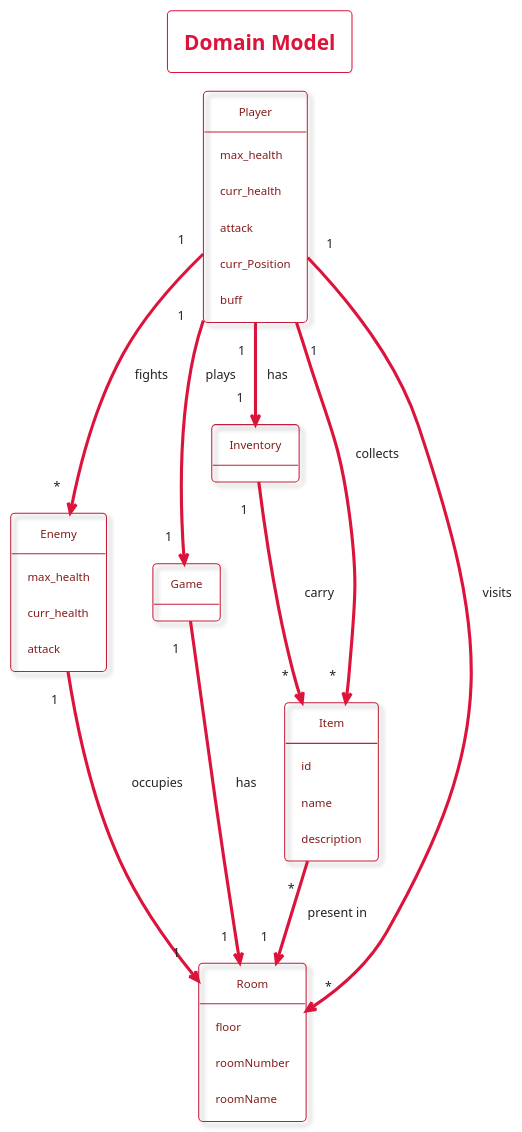
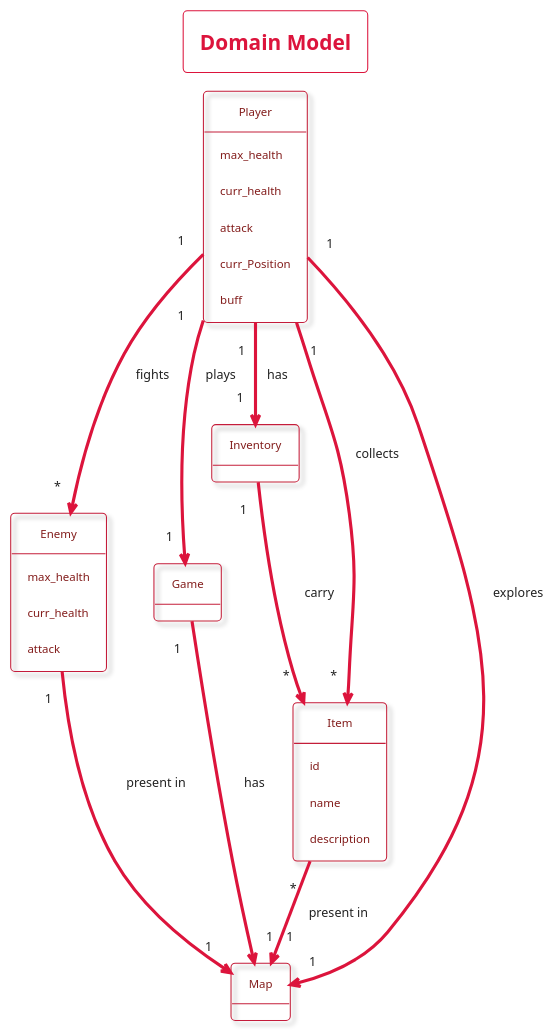
One commit to LimeiGuan/Text_Adventure_Game changed the diagram in docs/uml/DomainModel.plantuml. Above: the diagram before and after it, drawn with PlantUML.

```diff
--- a/docs/uml/DomainModel.plantuml
+++ b/docs/uml/DomainModel.plantuml
@@ -1,58 +1,56 @@
 @startuml DomainModel
 
 !theme materia-outline
 
 skinparam ArrowColor #DC143C
 skinparam BackgroundColor #FFFFFF
 
 skinparam ObjectBorderColor #C41E3A
 skinparam ObjectFontColor #831D1C
 
 skinparam titleBorderColor #DC143C
 skinparam titleFontColor #DC143C
 
 title Domain Model
 
 object Player {
   max_health
   curr_health
   attack
   curr_Position
   buff
   }
   
 object Enemy{
   max_health
   curr_health
   attack
   }
 
 object Game
 
 object Inventory
 
 object Item {
   id
   name
   description
   }
 
-object Room {
-  floor
-  roomNumber
-  roomName
+object Map {
+
   }
 
 
 Player "1" --> "1" Game: plays
 Player "1" --> "*" Enemy: fights
-Player "1" --> "*" Room: visits
+Player "1" --> "1" Map: explores
 Player "1" --> "1" Inventory: has
 Player "1" --> "*" Item: collects
 
-Game "1" --> "1" Room: has
-Item "*" --> "1" Room: present in
+Game "1" --> "1" Map: has
+Item "*" --> "1" Map: present in
 Inventory "1" --> "*" Item: carry
-Enemy "1" --> "1" Room: occupies
+Enemy "1" --> "1" Map: present in 
 
 @enduml
```
